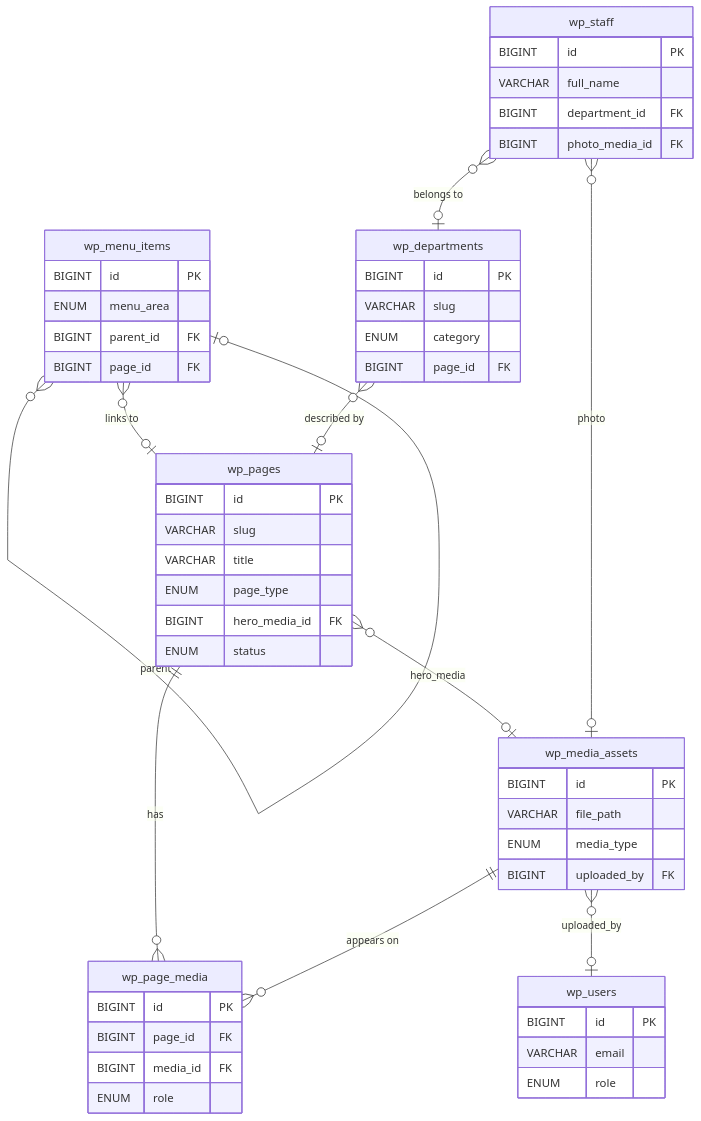
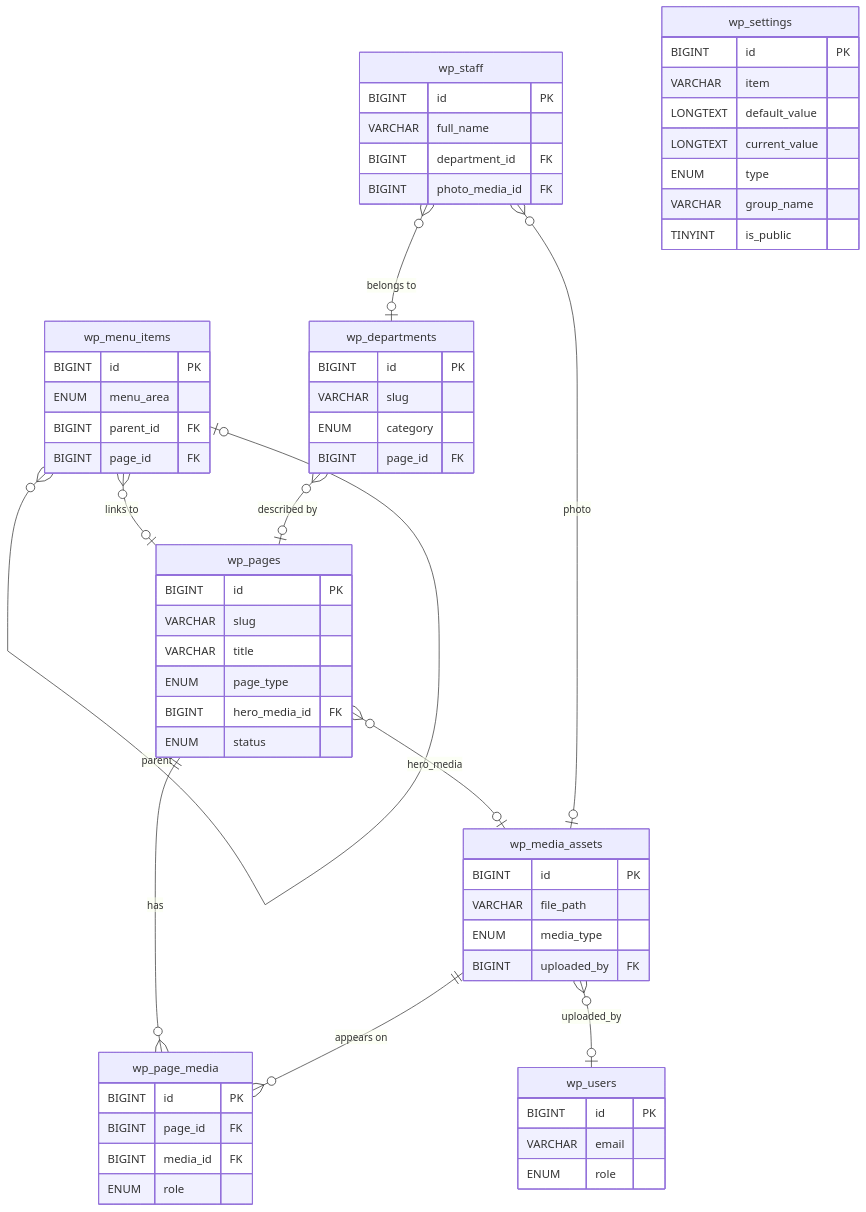
Before and after one commit to wagura-maurice/ollmh-wayback-snapshot: the first of 9 diagrams in docs/ERD.md, drawn with Mermaid. The commit also changed other lines of this file and 8 other files, not shown here.

````diff
--- a/docs/ERD.md
+++ b/docs/ERD.md
@@ -23,56 +24,65 @@
 ```mermaid
 erDiagram
     wp_pages ||--o{ wp_page_media : "has"
     wp_media_assets ||--o{ wp_page_media : "appears on"
     wp_media_assets }o--o| wp_users : "uploaded_by"
     wp_pages }o--o| wp_media_assets : "hero_media"
     wp_menu_items }o--o| wp_menu_items : "parent"
     wp_menu_items }o--o| wp_pages : "links to"
     wp_departments }o--o| wp_pages : "described by"
     wp_staff }o--o| wp_departments : "belongs to"
     wp_staff }o--o| wp_media_assets : "photo"
 
     wp_pages {
         BIGINT id PK
         VARCHAR slug
         VARCHAR title
         ENUM page_type
         BIGINT hero_media_id FK
         ENUM status
     }
     wp_media_assets {
         BIGINT id PK
         VARCHAR file_path
         ENUM media_type
         BIGINT uploaded_by FK
     }
     wp_page_media {
         BIGINT id PK
         BIGINT page_id FK
         BIGINT media_id FK
         ENUM role
     }
     wp_users {
         BIGINT id PK
         VARCHAR email
         ENUM role
     }
     wp_menu_items {
         BIGINT id PK
         ENUM menu_area
         BIGINT parent_id FK
         BIGINT page_id FK
     }
     wp_departments {
         BIGINT id PK
         VARCHAR slug
         ENUM category
         BIGINT page_id FK
     }
     wp_staff {
         BIGINT id PK
         VARCHAR full_name
         BIGINT department_id FK
         BIGINT photo_media_id FK
     }
+    wp_settings {
+        BIGINT id PK
+        VARCHAR item
+        LONGTEXT default_value
+        LONGTEXT current_value
+        ENUM type
+        VARCHAR group_name
+        TINYINT is_public
+    }
 ```
````
